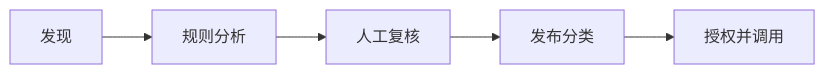
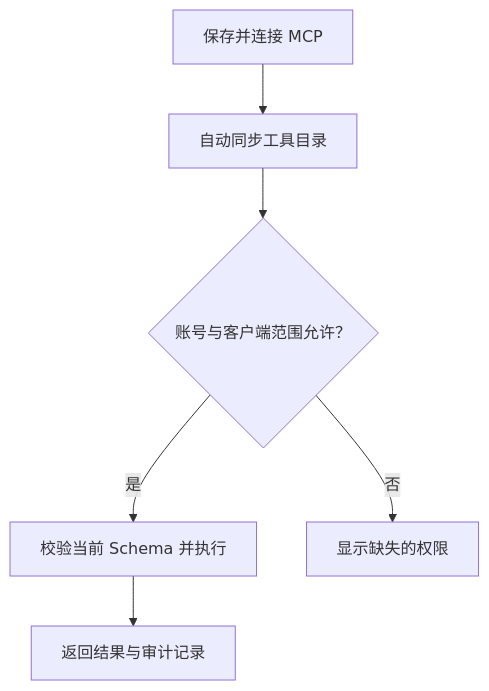
The diagram in docs/zh-CN/mcp-gateway.md (zhigege666/Lingshu-Gate), drawn with Mermaid before and after one commit. The commit also changed other lines of this file and 258 other files, not shown here.

````diff
--- a/docs/zh-CN/mcp-gateway.md
+++ b/docs/zh-CN/mcp-gateway.md
@@ -38,7 +38,8 @@
 ```mermaid
-flowchart LR
-    D["发现"] --> A["规则分析"]
-    A --> R["人工复核"]
-    R --> P["发布分类"]
-    P --> G["授权并调用"]
+flowchart TD
+    C["保存并连接 MCP"] --> S["自动同步工具目录"]
+    S --> A{"账号与客户端范围允许？"}
+    A -->|是| I["校验当前 Schema 并执行"]
+    A -->|否| E["显示缺失的权限"]
+    I --> R["返回结果与审计记录"]
 ```
````
